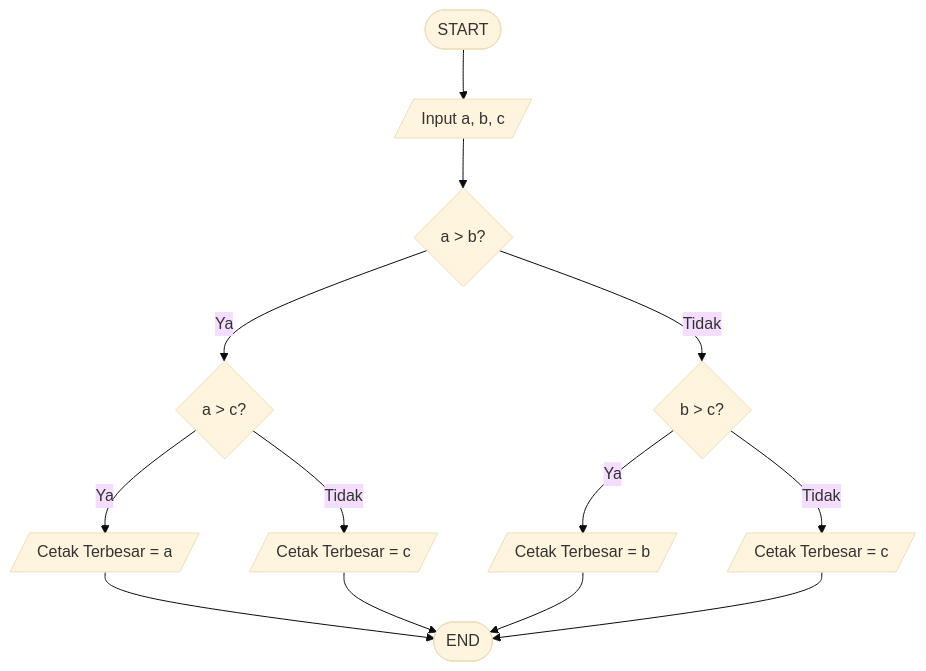
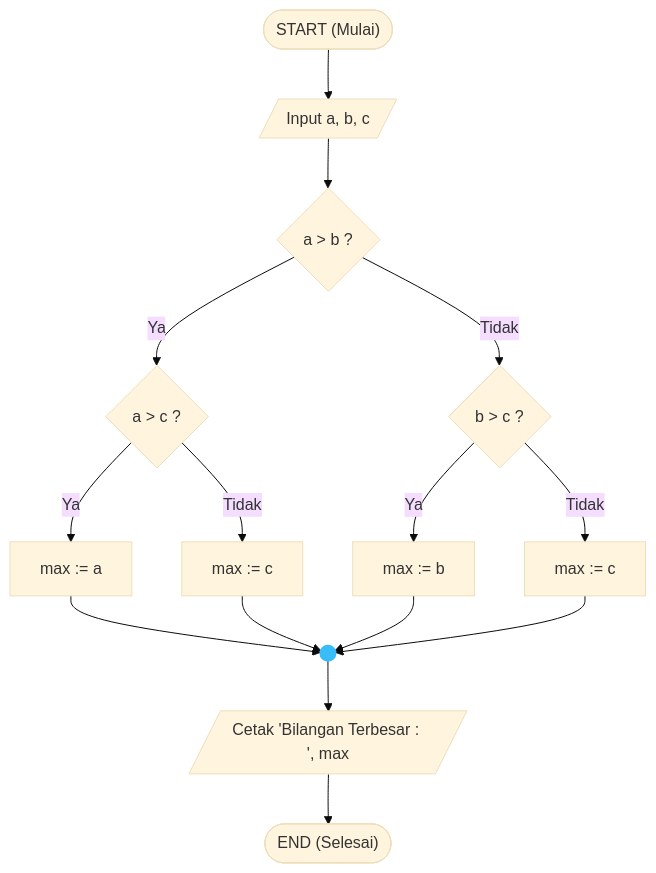
The ninth of 10 diagrams in docs/PANDUAN_LENGKAP_KODE_PASCAL_DAN_FLOWCHART_ALGO_PEMRO_P5_P6.md (hekall21/academic-digital-binder), drawn with Mermaid (base theme) before and after one commit. The commit also changed other lines of this file, not shown here.

Commit message:
docs(flowcharts): standardize mermaid junctions with ANSI on-page connectors

````diff
--- a/docs/PANDUAN_LENGKAP_KODE_PASCAL_DAN_FLOWCHART_ALGO_PEMRO_P5_P6.md
+++ b/docs/PANDUAN_LENGKAP_KODE_PASCAL_DAN_FLOWCHART_ALGO_PEMRO_P5_P6.md
@@ -395,15 +404,22 @@
 ```mermaid
 flowchart TD
-    Start(["START"]) --> Input[/"Input a, b, c"/]
-    Input --> CheckAB{"a > b?"}
-    CheckAB -- "Ya" --> CheckAC{"a > c?"}
-    CheckAB -- "Tidak" --> CheckBC{"b > c?"}
-    CheckAC -- "Ya" --> MaxA[/"Cetak Terbesar = a"/]
-    CheckAC -- "Tidak" --> MaxC1[/"Cetak Terbesar = c"/]
-    CheckBC -- "Ya" --> MaxB[/"Cetak Terbesar = b"/]
-    CheckBC -- "Tidak" --> MaxC2[/"Cetak Terbesar = c"/]
-    MaxA --> End(["END"])
-    MaxC1 --> End
-    MaxB --> End
-    MaxC2 --> End
+    Start(["START (Mulai)"]) --> Input[/"Input a, b, c"/]
+    Input --> CheckAB{"a > b ?"}
+    
+    CheckAB -- "Ya" --> CheckAC{"a > c ?"}
+    CheckAC -- "Ya" --> SetA["max := a"]
+    CheckAC -- "Tidak" --> SetC1["max := c"]
+    
+    CheckAB -- "Tidak" --> CheckBC{"b > c ?"}
+    CheckBC -- "Ya" --> SetB["max := b"]
+    CheckBC -- "Tidak" --> SetC2["max := c"]
+    
+    SetA --> Merge(( ))
+    SetC1 --> Merge
+    SetB --> Merge
+    SetC2 --> Merge
+    
+    Merge --> Print[/"Cetak 'Bilangan Terbesar : ', max"/]
+    Print --> End(["END (Selesai)"])
+    style Merge fill:#38BDF8,stroke:#38BDF8,stroke-width:2px
 ```
````
